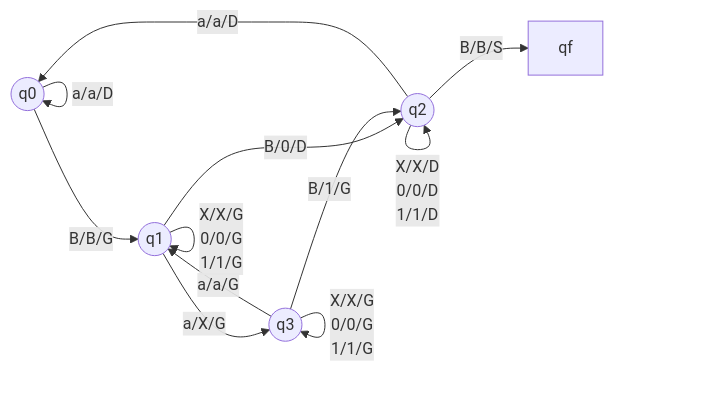
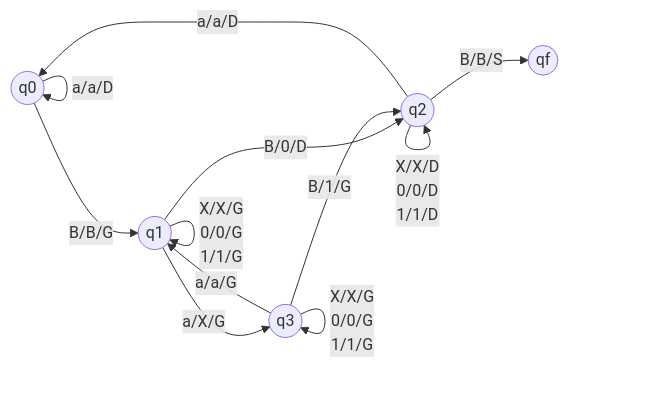
The fourth of 7 diagrams in TDs/TD2/TD2.md (FlorianLatapie/PNS-SI4-S7_Algorithmique), drawn with Mermaid before and after one commit. The commit also changed other lines of this file, not shown here.

````diff
--- a/TDs/TD2/TD2.md
+++ b/TDs/TD2/TD2.md
@@ -85,14 +96,19 @@
 ```mermaid
 graph LR
     q0((q0)) --> | a/a/D | q0
     q0((q0)) --> | B/B/G | q1
+
     q1((q1)) --> | X/X/G<br/>0/0/G<br/>1/1/G | q1
     q1((q1)) --> | B/0/D | q2
     q1((q1)) --> | a/X/G | q3
+
     q2((q2)) --> | X/X/D<br/>0/0/D<br/>1/1/D | q2
     q2((q2)) --> | B/B/S | qf
     q2((q2)) --> | a/a/D | q0
+
     q3((q3)) --> | X/X/G<br/>0/0/G<br/>1/1/G | q3
     q3((q3)) --> | a/a/G | q1
     q3((q3)) --> | B/1/G | q2
+
+    qf((qf))
 ```
````
